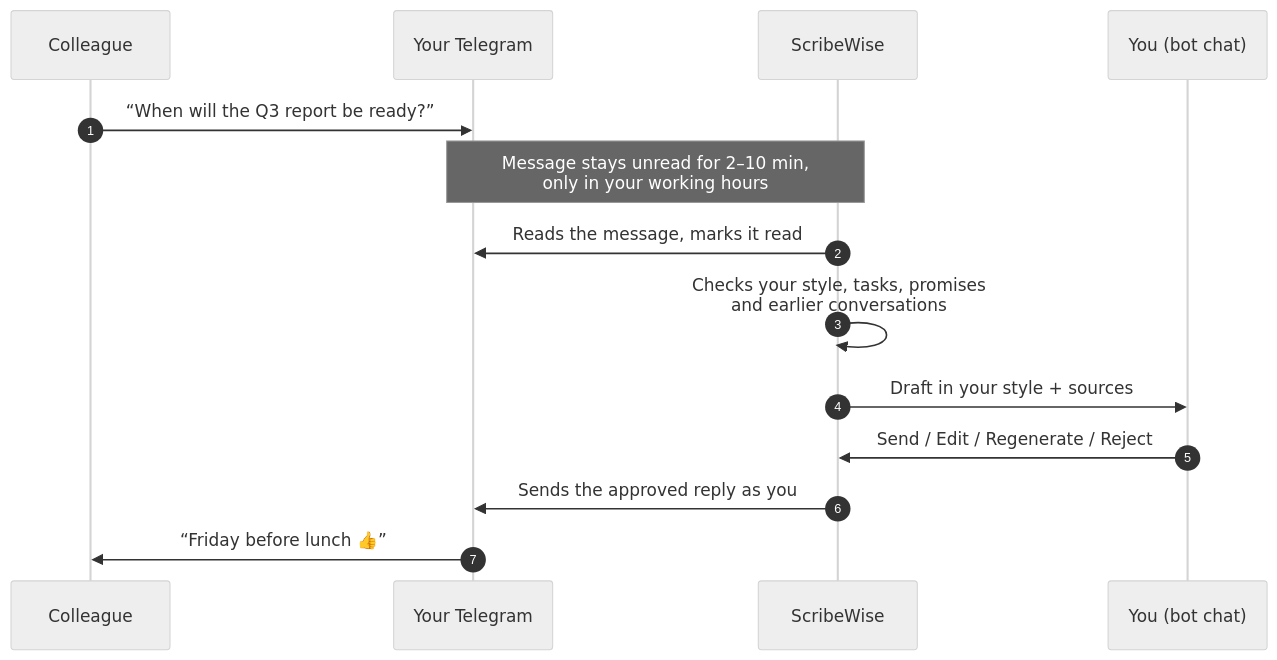
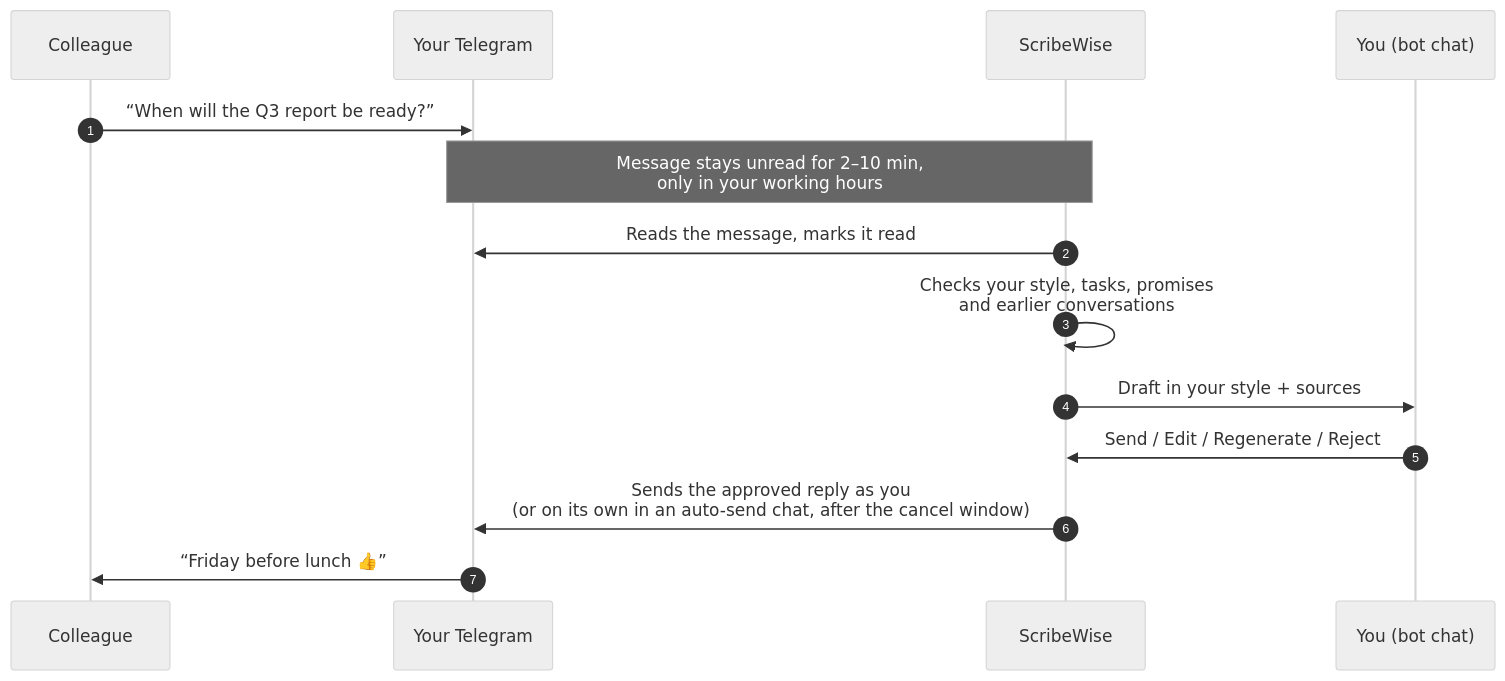
One commit to peach098/scribewise changed the diagram in README.md. Above: the diagram before and after it, drawn with Mermaid (neutral theme). The commit also changed other lines of this file and 16 other files, not shown here.

First line of the commit message:
014 auto-send: retention, log test, docs and release notes (T034-T038)

````diff
--- a/README.md
+++ b/README.md
@@ -112,16 +120,16 @@
 ```mermaid
 sequenceDiagram
     autonumber
     participant C as Colleague
     participant T as Your Telegram
     participant S as ScribeWise
     participant Y as You (bot chat)
     C->>T: “When will the Q3 report be ready?”
     Note over T,S: Message stays unread for 2–10 min,<br/>only in your working hours
     S->>T: Reads the message, marks it read
     S->>S: Checks your style, tasks, promises<br/>and earlier conversations
     S->>Y: Draft in your style + sources
     Y->>S: Send / Edit / Regenerate / Reject
-    S->>T: Sends the approved reply as you
+    S->>T: Sends the approved reply as you<br/>(or on its own in an auto-send chat, after the cancel window)
     T->>C: “Friday before lunch 👍”
 ```
````
